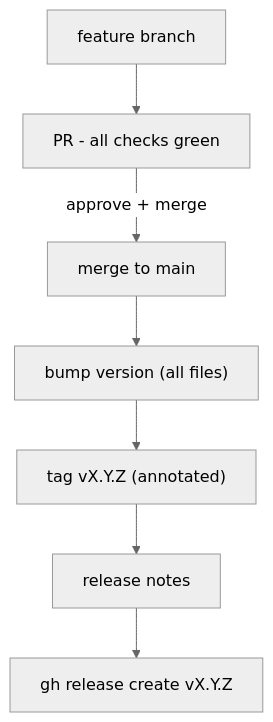
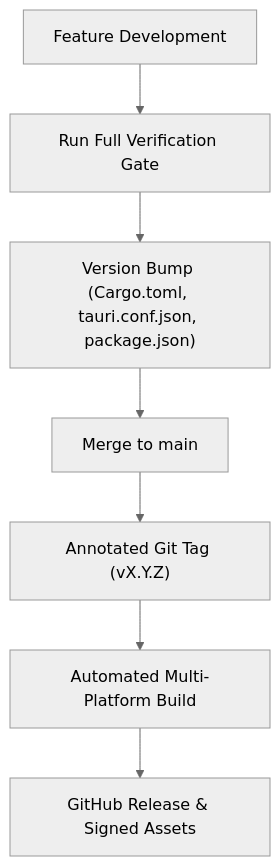
Before and after one commit to HELIX-Origin/LewdZone-Launcher: the diagram in wiki/Release-Process.md, drawn with Mermaid (neutral theme). The commit also changed other lines of this file and 46 other files, not shown here.

````diff
--- a/wiki/Release-Process.md
+++ b/wiki/Release-Process.md
@@ -17,16 +22,9 @@
 ```mermaid
 flowchart TD
-    FEAT["feature branch"]
-    PR["PR - all checks green"]
-    MAIN["merge to main"]
-    BUM["bump version (all files)"]
-    TAG["tag vX.Y.Z (annotated)"]
-    NOT["release notes"]
-    REL["gh release create vX.Y.Z"]
-    FEAT --> PR
-    PR -->|"approve + merge"| MAIN
-    MAIN --> BUM
-    BUM --> TAG
-    TAG --> NOT
-    NOT --> REL
+    DEV["Feature Development"] --> GATE["Run Full Verification Gate"]
+    GATE --> BUMP["Version Bump (Cargo.toml, tauri.conf.json, package.json)"]
+    BUMP --> MERGE["Merge to main"]
+    MERGE --> TAG["Annotated Git Tag (vX.Y.Z)"]
+    TAG --> BUILD["Automated Multi-Platform Build"]
+    BUILD --> REL["GitHub Release & Signed Assets"]
 ```
````
